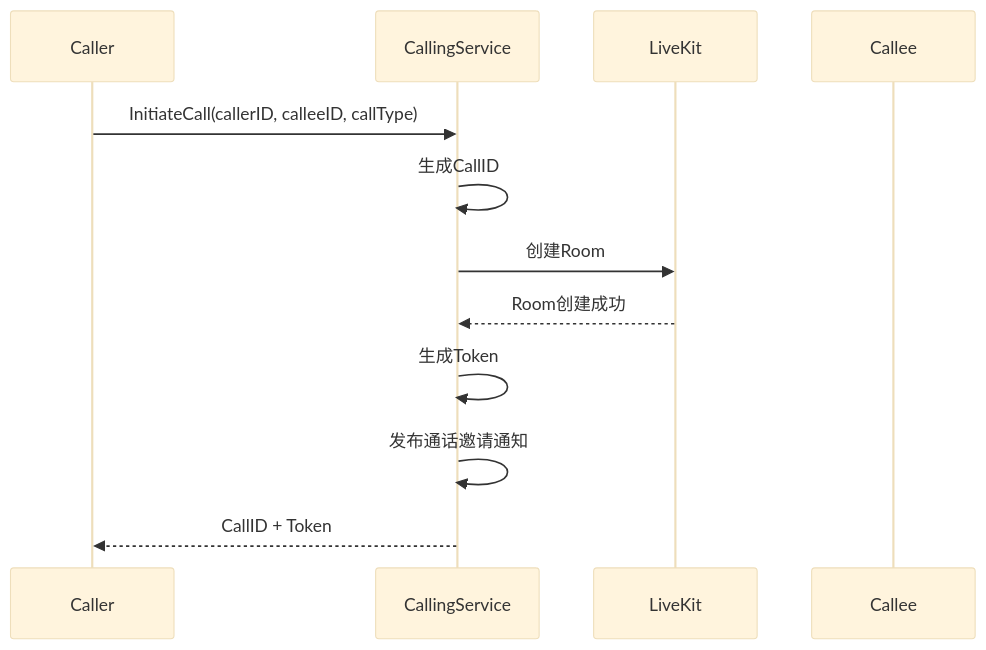
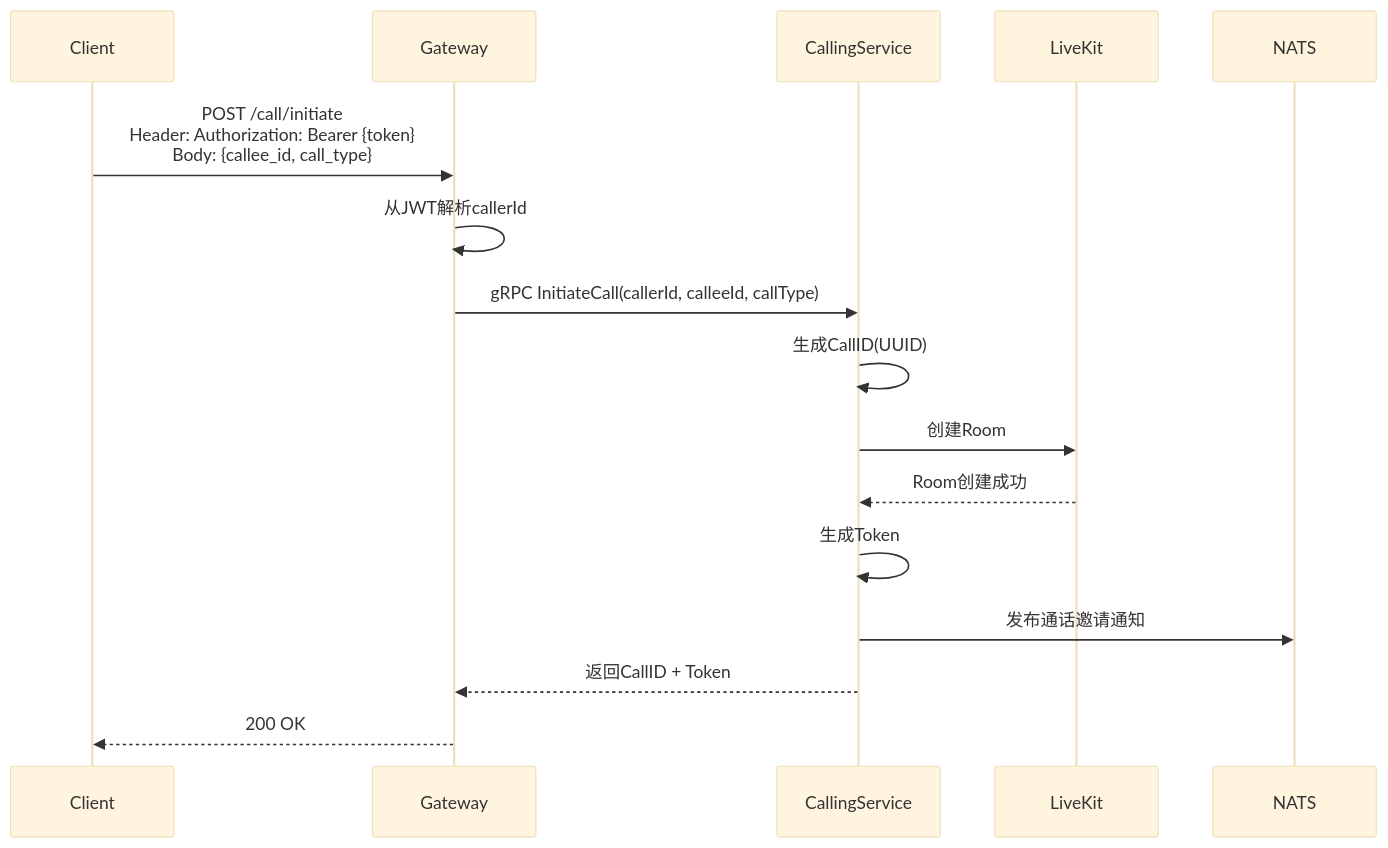
The first of 4 diagrams in docs/design/calling/call.md (yzhgit/anychat-server), drawn with Mermaid (base theme) before and after one commit. The commit also changed other lines of this file and 30 other files, not shown here.

First line of the commit message:
docs: 更新设计文档时序图，添加Gateway和NATS参与者

````diff
--- a/docs/design/calling/call.md
+++ b/docs/design/calling/call.md
@@ -18,15 +18,19 @@
 ```mermaid
 sequenceDiagram
-    participant Caller
+    participant Client
+    participant Gateway
     participant CallingService
     participant LiveKit
-    participant Callee
+    participant NATS
 
-    Caller->>CallingService: InitiateCall(callerID, calleeID, callType)
-    CallingService->>CallingService: 生成CallID
+    Client->>Gateway: POST /call/initiate<br/>Header: Authorization: Bearer {token}<br/>Body: {callee_id, call_type}
+    Gateway->>Gateway: 从JWT解析callerId
+    Gateway->>CallingService: gRPC InitiateCall(callerId, calleeId, callType)
+    CallingService->>CallingService: 生成CallID(UUID)
     CallingService->>LiveKit: 创建Room
     LiveKit-->>CallingService: Room创建成功
     CallingService->>CallingService: 生成Token
-    CallingService->>CallingService: 发布通话邀请通知
-    CallingService-->>Caller: CallID + Token
+    CallingService->>NATS: 发布通话邀请通知
+    CallingService-->>Gateway: 返回CallID + Token
+    Gateway-->>Client: 200 OK
 ```
````
